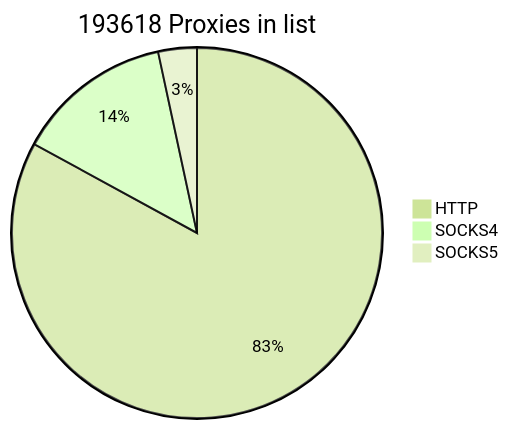
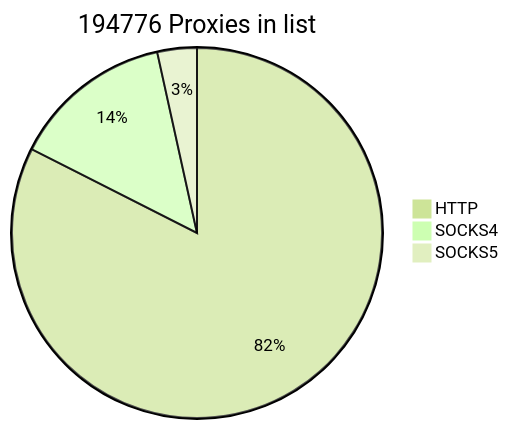
One commit to cutipu/proxylist changed the first of 2 diagrams in README.md. Above: the diagram before and after it, drawn with Mermaid (forest theme). The commit also changed other lines of this file, not shown here.

````diff
--- a/README.md
+++ b/README.md
@@ -2,7 +2,7 @@
 ```mermaid
-pie title 193618 Proxies in list
-    "HTTP" : 160610
-    "SOCKS4" : 26482
-    "SOCKS5" : 6526
+pie title 194776 Proxies in list
+    "HTTP" : 160638
+    "SOCKS4" : 27417
+    "SOCKS5" : 6721
             
 ```
````
